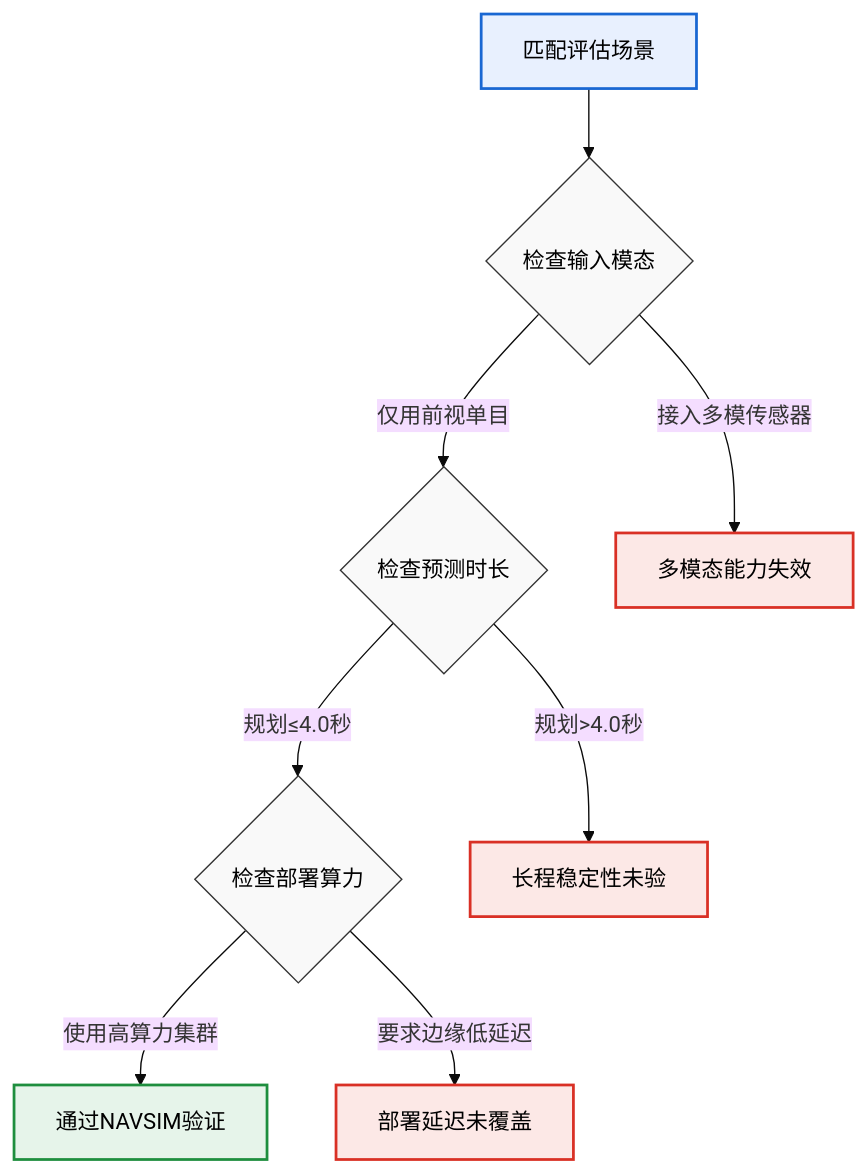
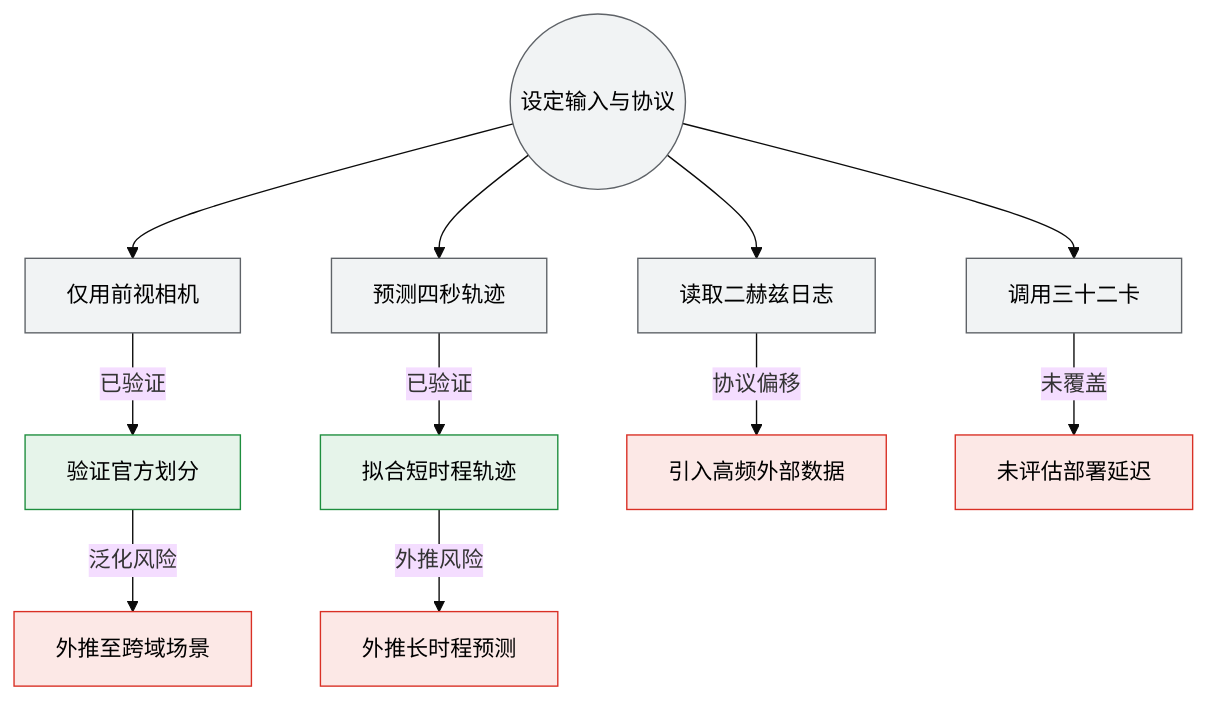
One commit to ShinewineW/paper-rolling changed the ninth of 10 diagrams in person_vault/2026-06-13_UniWorldVLAInterleavedWorldModelingAndPlanningForAD_2603.27287/report.md. Above: the diagram before and after it, drawn with Mermaid (base theme). The commit also changed other lines of this file and 5 other files, not shown here.

````diff
--- a/person_vault/2026-06-13_UniWorldVLAInterleavedWorldModelingAndPlanningForAD_2603.27287/report.md
+++ b/person_vault/2026-06-13_UniWorldVLAInterleavedWorldModelingAndPlanningForAD_2603.27287/report.md
@@ -601,15 +584,19 @@
 ```mermaid
 flowchart TD
-  classDef start fill:#e8f0fe,stroke:#1967d2,stroke-width:2px,color:#000;
-  classDef check fill:#f9f9f9,stroke:#333,stroke-width:1px,color:#000;
-  classDef pass fill:#e6f4ea,stroke:#1e8e3e,stroke-width:2px,color:#000;
-  classDef fail fill:#fce8e6,stroke:#d93025,stroke-width:2px,color:#000;
+    classDef verified fill:#e6f4ea,stroke:#1e8e3e,color:#000;
+    classDef extrapolation fill:#fce8e6,stroke:#d93025,color:#000;
+    classDef neutral fill:#f1f3f4,stroke:#5f6368,color:#000;
 
-  match_eval["匹配评估场景"]:::start --> check_modality{检查输入模态}:::check
-  check_modality -->|仅用前视单目| check_horizon{检查预测时长}:::check
-  check_modality -->|接入多模传感器| fail_sensor["多模态能力失效"]:::fail
-  check_horizon -->|规划≤4.0秒| check_compute{检查部署算力}:::check
-  check_horizon -->|规划>4.0秒| fail_horizon["长程稳定性未验"]:::fail
-  check_compute -->|使用高算力集群| pass_navsim["通过NAVSIM验证"]:::pass
-  check_compute -->|要求边缘低延迟| fail_deploy["部署延迟未覆盖"]:::fail
+    start((设定输入与协议)):::neutral --> sensor["仅用前视相机"]:::neutral
+    start --> horizon["预测四秒轨迹"]:::neutral
+    start --> data["读取二赫兹日志"]:::neutral
+    start --> compute["调用三十二卡"]:::neutral
+
+    sensor -->|已验证| v1["验证官方划分"]:::verified
+    horizon -->|已验证| v2["拟合短时程轨迹"]:::verified
+    data -->|协议偏移| e1["引入高频外部数据"]:::extrapolation
+    compute -->|未覆盖| e2["未评估部署延迟"]:::extrapolation
+
+    v1 -->|泛化风险| e3["外推至跨域场景"]:::extrapolation
+    v2 -->|外推风险| e4["外推长时程预测"]:::extrapolation
 ```
````
